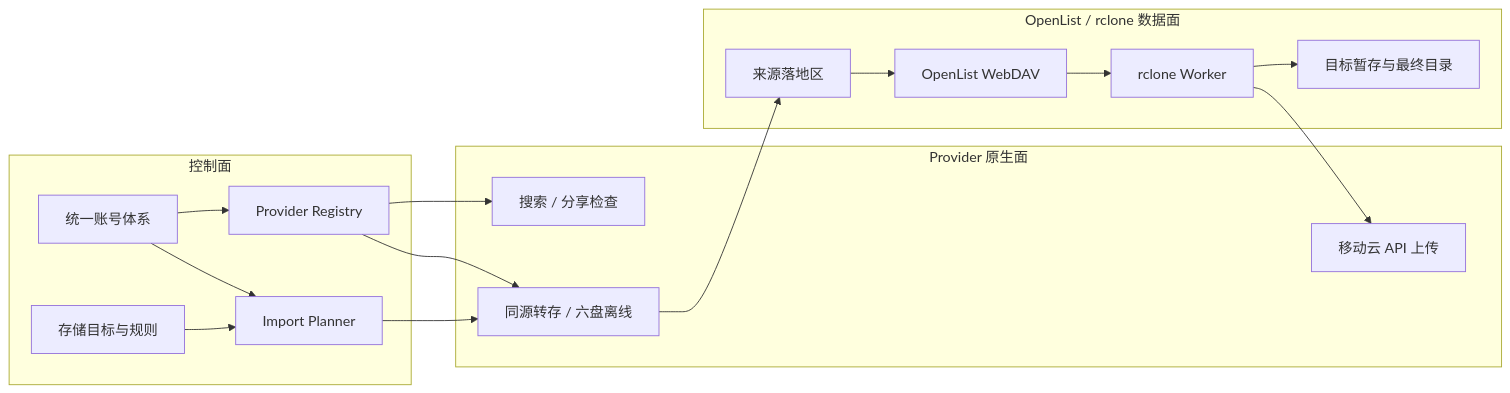
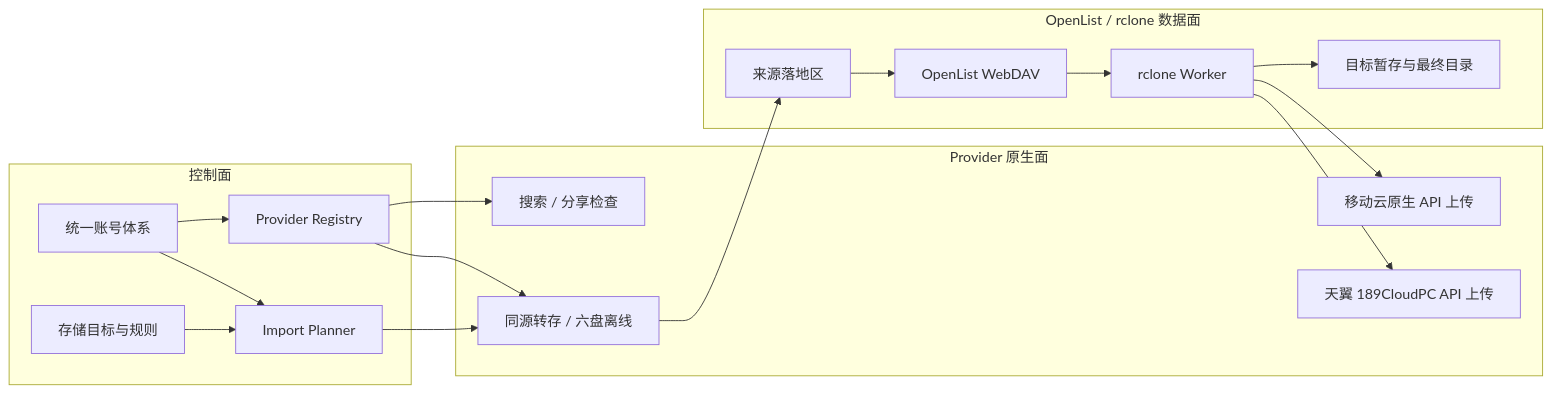
One commit to aichuguang/fnos-search changed the first of 4 diagrams in docs/V1.0多链路设计文档.md. Above: the diagram before and after it, drawn with Mermaid. The commit also changed other lines of this file and 18 other files, not shown here.

Commit message:
fix: enforce provider API uploads for mobile and tianyi

````diff
--- a/docs/V1.0多链路设计文档.md
+++ b/docs/V1.0多链路设计文档.md
@@ -94,29 +94,31 @@
 ```mermaid
 flowchart LR
     subgraph Control["控制面"]
         Accounts["统一账号体系"]
         Registry["Provider Registry"]
         Targets["存储目标与规则"]
         Planner["Import Planner"]
     end
     subgraph Native["Provider 原生面"]
         Search["搜索 / 分享检查"]
         Save["同源转存 / 六盘离线"]
-        MobileUpload["移动云 API 上传"]
+        MobileUpload["移动云原生 API 上传"]
+        TianyiUpload["天翼 189CloudPC API 上传"]
     end
     subgraph Data["OpenList / rclone 数据面"]
         Landing["来源落地区"]
         WebDAV["OpenList WebDAV"]
         Rclone["rclone Worker"]
         Destination["目标暂存与最终目录"]
     end
     Accounts --> Registry
     Registry --> Search
     Registry --> Save
     Targets --> Planner
     Accounts --> Planner
     Planner --> Save
     Save --> Landing
     Landing --> WebDAV --> Rclone --> Destination
     Rclone --> MobileUpload
+    Rclone --> TianyiUpload
 ```
````
